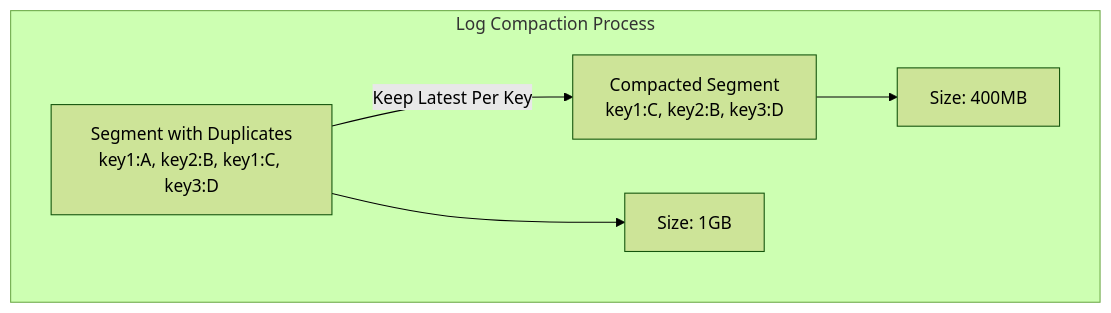
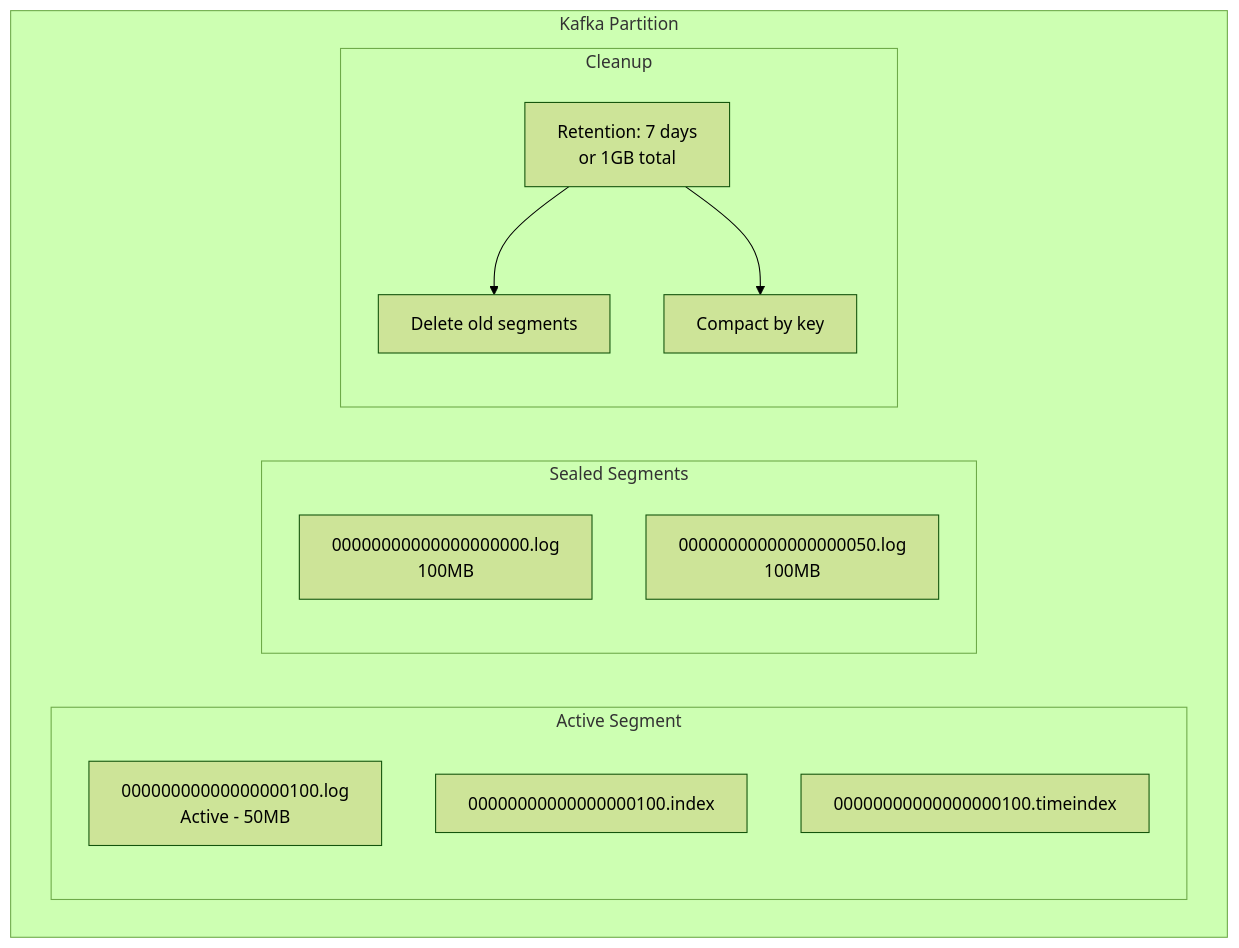
Before and after one commit to deepaucksharma/DStudio: the sixth of 7 diagrams in docs/patterns/segmented-log.md, drawn with Mermaid (forest theme). The commit also changed other lines of this file and 248 other files, not shown here.

````diff
--- a/docs/patterns/segmented-log.md
+++ b/docs/patterns/segmented-log.md
@@ -214,15 +400,21 @@
 ```mermaid
 graph TB
-    subgraph "Log Compaction Process"
-        S1[Segment with Duplicates<br/>key1:A, key2:B, key1:C, key3:D]
-        S2[Compacted Segment<br/>key1:C, key2:B, key3:D]
-        
-        S1 -->|Keep Latest Per Key| S2
-        
-        SIZE1[Size: 1GB]
-        SIZE2[Size: 400MB]
-        
-        S1 --> SIZE1
-        S2 --> SIZE2
-    end
+ subgraph "Kafka Partition"
+ subgraph "Active Segment"
+ AS[00000000000000000100.log<br/>Active - 50MB]
+ AI[00000000000000000100.index]
+ AT[00000000000000000100.timeindex]
+ end
+ 
+ subgraph "Sealed Segments"
+ S1[00000000000000000000.log<br/>100MB]
+ S2[00000000000000000050.log<br/>100MB]
+ end
+ 
+ subgraph "Cleanup"
+ Policy[Retention: 7 days<br/>or 1GB total]
+ Policy --> Delete[Delete old segments]
+ Policy --> Compact[Compact by key]
+ end
+ end
 ```
````
